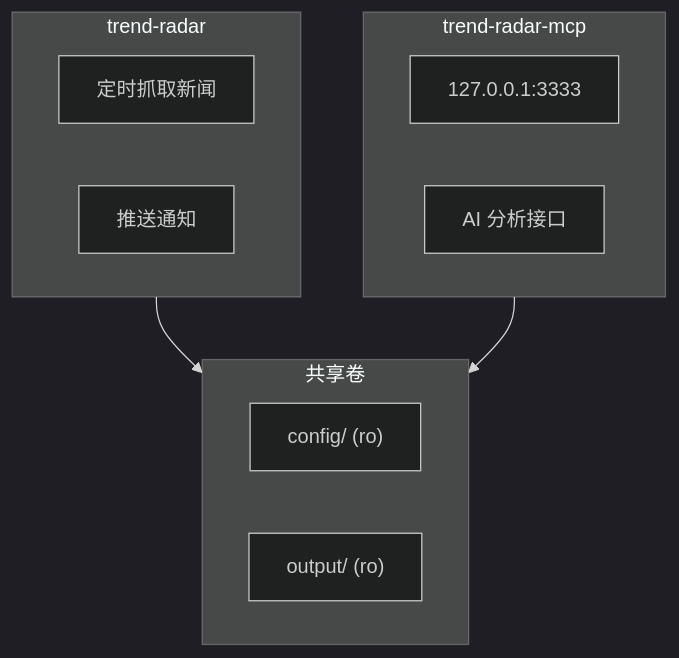
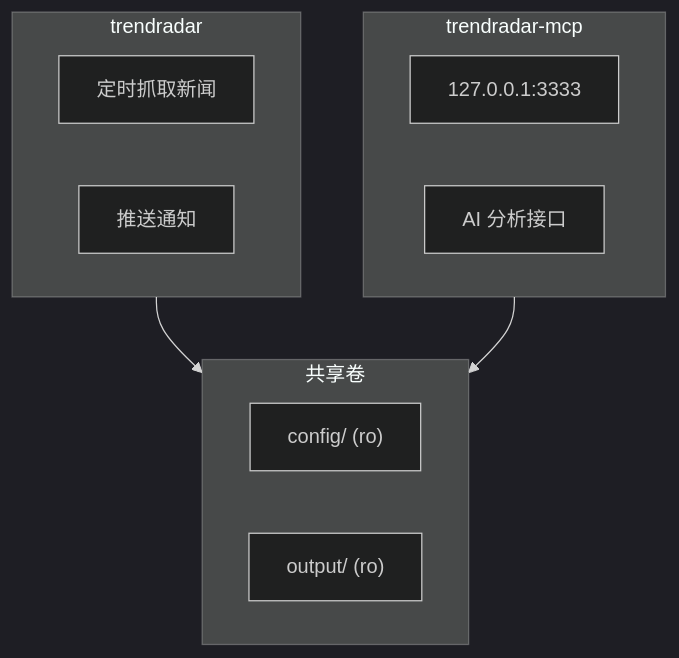
One commit to Evan-Ada/TrendRadar changed the first of 2 diagrams in README.md. Above: the diagram before and after it, drawn with Mermaid (dark theme). The commit also changed other lines of this file and 376 other files, not shown here.

````diff
--- a/README.md
+++ b/README.md
@@ -2465,20 +2499,20 @@
 ```mermaid
 flowchart TB
-    subgraph trend-radar["trend-radar"]
+    subgraph trendradar["trendradar"]
         A1[定时抓取新闻]
         A2[推送通知]
     end
     
-    subgraph trend-radar-mcp["trend-radar-mcp"]
+    subgraph trendradar-mcp["trendradar-mcp"]
         B1[127.0.0.1:3333]
         B2[AI 分析接口]
     end
     
     subgraph shared["共享卷"]
         C1["config/ (ro)"]
         C2["output/ (ro)"]
     end
     
-    trend-radar --> shared
-    trend-radar-mcp --> shared
+    trendradar --> shared
+    trendradar-mcp --> shared
 ```
````
